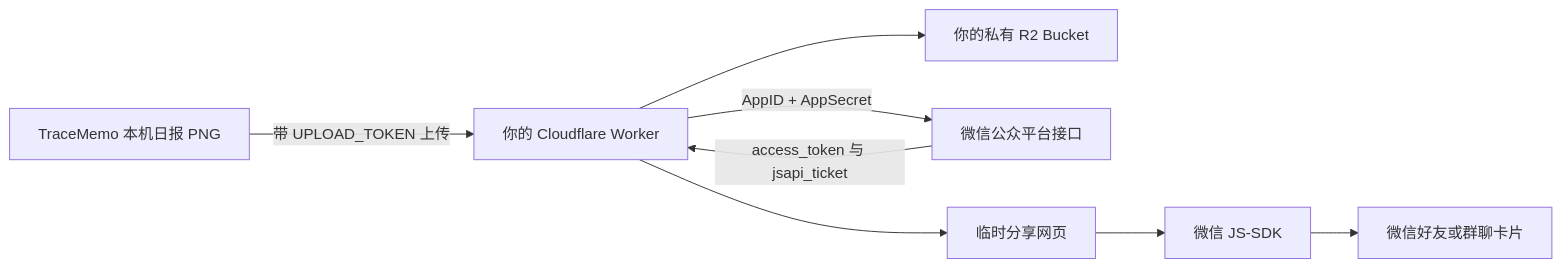
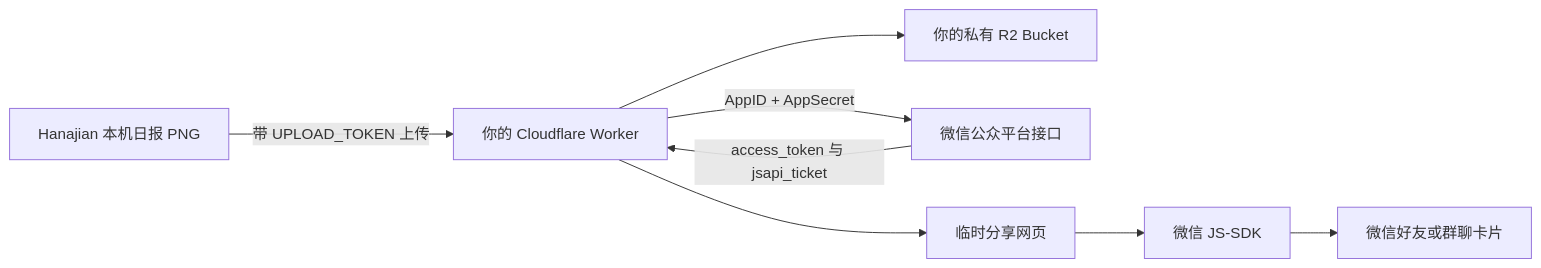
Before and after one commit to Bluuok/Hanajian: the diagram in docs/deployment/experimental-wechat-share-card.md, drawn with Mermaid. The commit also changed other lines of this file and 194 other files, not shown here.

````diff
--- a/docs/deployment/experimental-wechat-share-card.md
+++ b/docs/deployment/experimental-wechat-share-card.md
@@ -61,10 +61,10 @@
 ```mermaid
 flowchart LR
-    A[TraceMemo 本机日报 PNG] -->|带 UPLOAD_TOKEN 上传| B[你的 Cloudflare Worker]
+    A[Hanajian 本机日报 PNG] -->|带 UPLOAD_TOKEN 上传| B[你的 Cloudflare Worker]
     B --> C[你的私有 R2 Bucket]
     B -->|AppID + AppSecret| D[微信公众平台接口]
     D -->|access_token 与 jsapi_ticket| B
     B --> E[临时分享网页]
     E --> F[微信 JS-SDK]
     F --> G[微信好友或群聊卡片]
 ```
````
